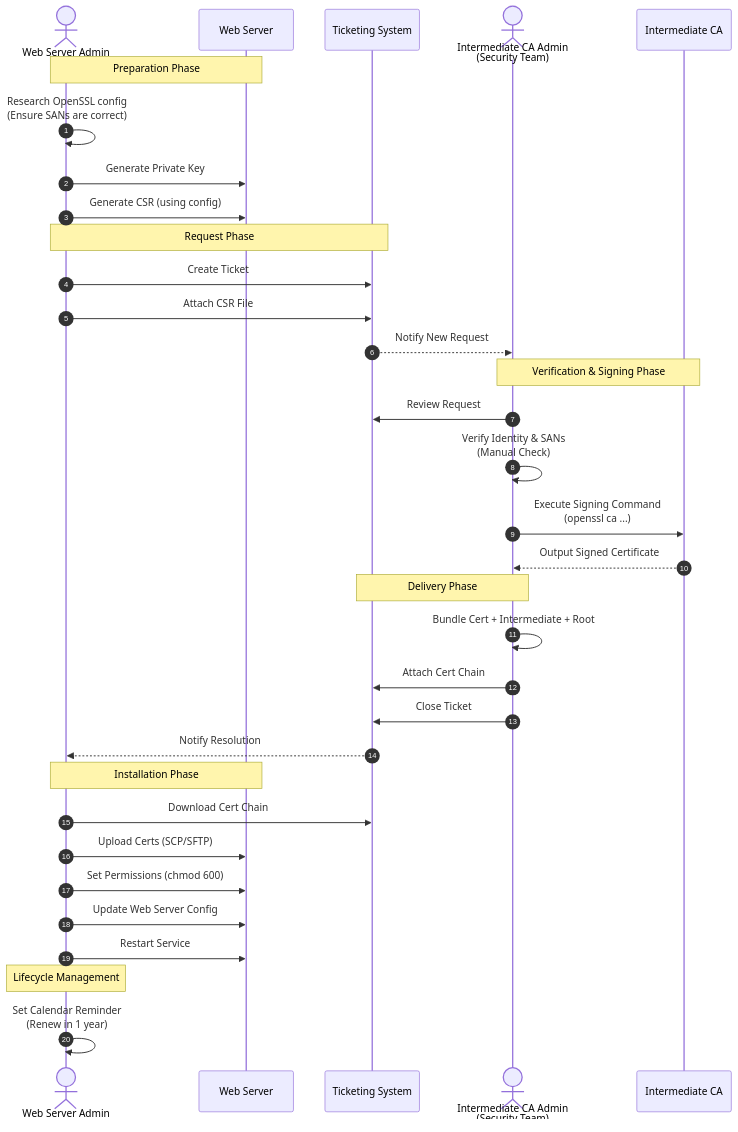
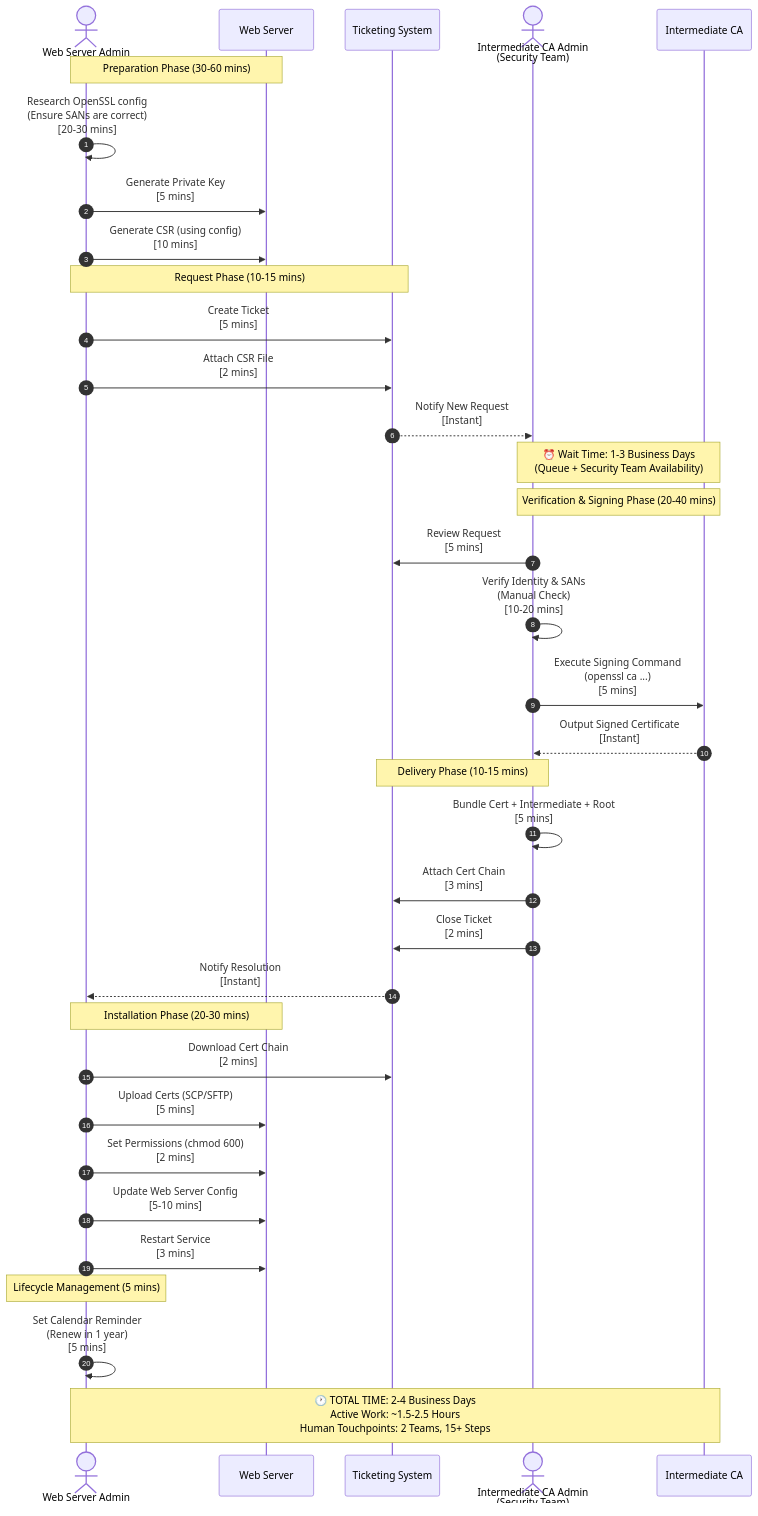
The first of 2 diagrams in tls-cert-gen-manual-vs-vault.md (songlining/pki), drawn with Mermaid before and after one commit. The commit also changed other lines of this file, not shown here.

Commit message:
added time spent

````diff
--- a/tls-cert-gen-manual-vs-vault.md
+++ b/tls-cert-gen-manual-vs-vault.md
@@ -21,41 +21,45 @@
 ```mermaid
 sequenceDiagram
     autonumber
     actor WebAdmin as Web Server Admin
     participant Server as Web Server
     participant Ticket as Ticketing System
     actor CAAdmin as Intermediate CA Admin<br/>(Security Team)
     participant CA as Intermediate CA
 
-    Note over WebAdmin, Server: Preparation Phase
-    WebAdmin->>WebAdmin: Research OpenSSL config<br/>(Ensure SANs are correct)
-    WebAdmin->>Server: Generate Private Key
-    WebAdmin->>Server: Generate CSR (using config)
-    
-    Note over WebAdmin, Ticket: Request Phase
-    WebAdmin->>Ticket: Create Ticket
-    WebAdmin->>Ticket: Attach CSR File
-    Ticket-->>CAAdmin: Notify New Request
+    Note over WebAdmin, Server: Preparation Phase (30-60 mins)
+    WebAdmin->>WebAdmin: Research OpenSSL config<br/>(Ensure SANs are correct)<br/>[20-30 mins]
+    WebAdmin->>Server: Generate Private Key<br/>[5 mins]
+    WebAdmin->>Server: Generate CSR (using config)<br/>[10 mins]
 
-    Note over CAAdmin, CA: Verification & Signing Phase
-    CAAdmin->>Ticket: Review Request
-    CAAdmin->>CAAdmin: Verify Identity & SANs<br/>(Manual Check)
-    CAAdmin->>CA: Execute Signing Command<br/>(openssl ca ...)
-    CA-->>CAAdmin: Output Signed Certificate
-    
-    Note over CAAdmin, Ticket: Delivery Phase
-    CAAdmin->>CAAdmin: Bundle Cert + Intermediate + Root
-    CAAdmin->>Ticket: Attach Cert Chain
-    CAAdmin->>Ticket: Close Ticket
-    Ticket-->>WebAdmin: Notify Resolution
+    Note over WebAdmin, Ticket: Request Phase (10-15 mins)
+    WebAdmin->>Ticket: Create Ticket<br/>[5 mins]
+    WebAdmin->>Ticket: Attach CSR File<br/>[2 mins]
+    Ticket-->>CAAdmin: Notify New Request<br/>[Instant]
 
-    Note over WebAdmin, Server: Installation Phase
-    WebAdmin->>Ticket: Download Cert Chain
-    WebAdmin->>Server: Upload Certs (SCP/SFTP)
-    WebAdmin->>Server: Set Permissions (chmod 600)
-    WebAdmin->>Server: Update Web Server Config
-    WebAdmin->>Server: Restart Service
-    
-    Note over WebAdmin: Lifecycle Management
-    WebAdmin->>WebAdmin: Set Calendar Reminder<br/>(Renew in 1 year)
+    Note over CAAdmin, CA: ⏰ Wait Time: 1-3 Business Days<br/>(Queue + Security Team Availability)
+
+    Note over CAAdmin, CA: Verification & Signing Phase (20-40 mins)
+    CAAdmin->>Ticket: Review Request<br/>[5 mins]
+    CAAdmin->>CAAdmin: Verify Identity & SANs<br/>(Manual Check)<br/>[10-20 mins]
+    CAAdmin->>CA: Execute Signing Command<br/>(openssl ca ...)<br/>[5 mins]
+    CA-->>CAAdmin: Output Signed Certificate<br/>[Instant]
+
+    Note over CAAdmin, Ticket: Delivery Phase (10-15 mins)
+    CAAdmin->>CAAdmin: Bundle Cert + Intermediate + Root<br/>[5 mins]
+    CAAdmin->>Ticket: Attach Cert Chain<br/>[3 mins]
+    CAAdmin->>Ticket: Close Ticket<br/>[2 mins]
+    Ticket-->>WebAdmin: Notify Resolution<br/>[Instant]
+
+    Note over WebAdmin, Server: Installation Phase (20-30 mins)
+    WebAdmin->>Ticket: Download Cert Chain<br/>[2 mins]
+    WebAdmin->>Server: Upload Certs (SCP/SFTP)<br/>[5 mins]
+    WebAdmin->>Server: Set Permissions (chmod 600)<br/>[2 mins]
+    WebAdmin->>Server: Update Web Server Config<br/>[5-10 mins]
+    WebAdmin->>Server: Restart Service<br/>[3 mins]
+
+    Note over WebAdmin: Lifecycle Management (5 mins)
+    WebAdmin->>WebAdmin: Set Calendar Reminder<br/>(Renew in 1 year)<br/>[5 mins]
+
+    Note over WebAdmin, CA: 🕐 TOTAL TIME: 2-4 Business Days<br/>Active Work: ~1.5-2.5 Hours<br/>Human Touchpoints: 2 Teams, 15+ Steps
 ```
````
